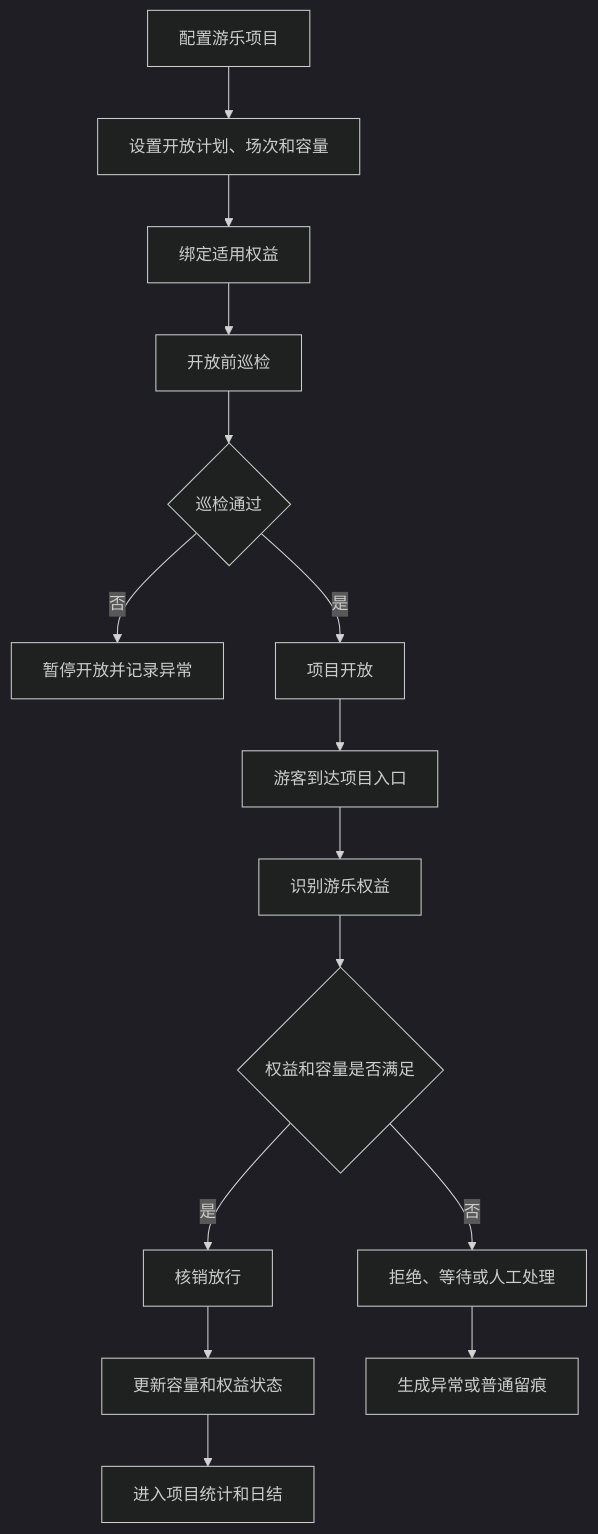
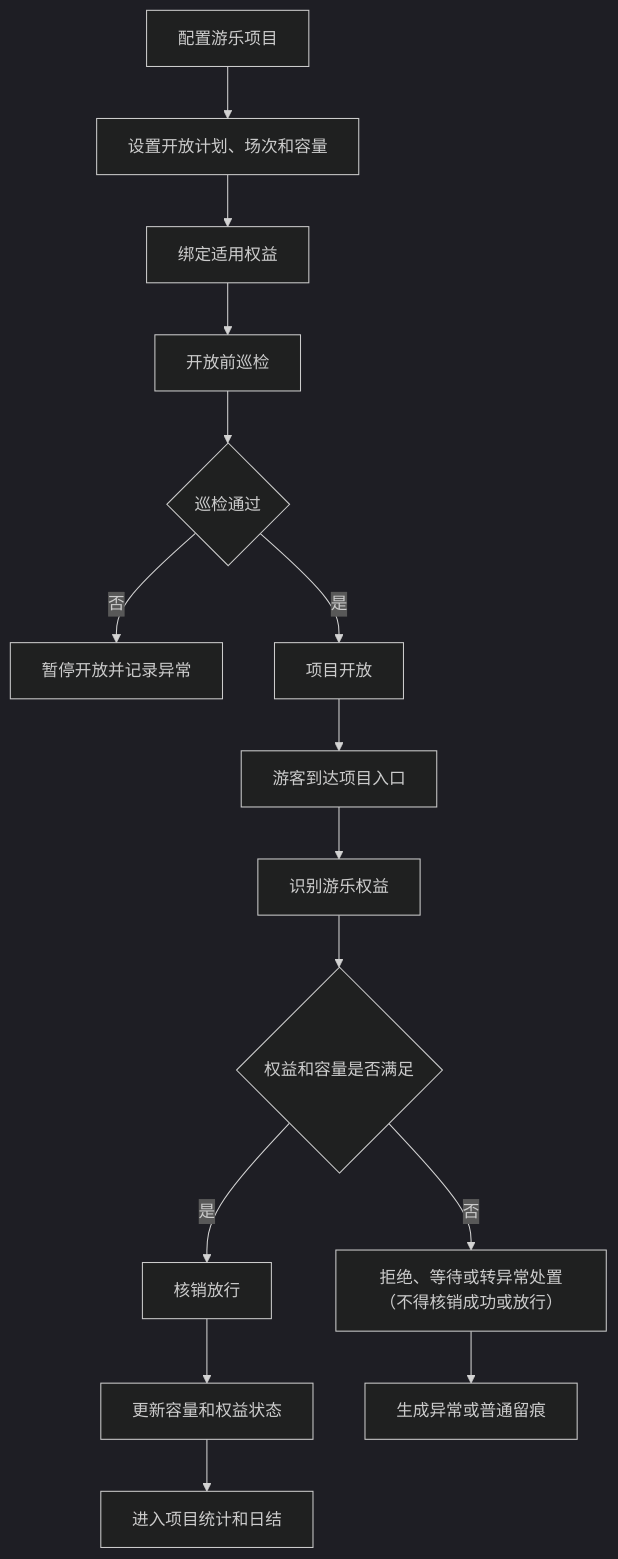
One commit to jxh1979/mall changed the sixth of 12 diagrams in docs/business-operations-layer-spec-v0.2.md. Above: the diagram before and after it, drawn with Mermaid (dark theme). The commit also changed other lines of this file and 11 other files, not shown here.

Commit message:
docs: 收口 M02 业务分层与总图文档出处对齐

````diff
--- a/docs/business-operations-layer-spec-v0.2.md
+++ b/docs/business-operations-layer-spec-v0.2.md
@@ -1235,17 +1268,17 @@
 ```mermaid
 flowchart TD
   A["配置游乐项目"] --> B["设置开放计划、场次和容量"]
   B --> C["绑定适用权益"]
   C --> D["开放前巡检"]
   D --> E{"巡检通过"}
   E -- 否 --> F["暂停开放并记录异常"]
   E -- 是 --> G["项目开放"]
   G --> H["游客到达项目入口"]
   H --> I["识别游乐权益"]
   I --> J{"权益和容量是否满足"}
-  J -- 否 --> K["拒绝、等待或人工处理"]
+  J -- 否 --> K["拒绝、等待或转异常处置（不得核销成功或放行）"]
   J -- 是 --> L["核销放行"]
   L --> M["更新容量和权益状态"]
   K --> N["生成异常或普通留痕"]
   M --> O["进入项目统计和日结"]
 ```
````
